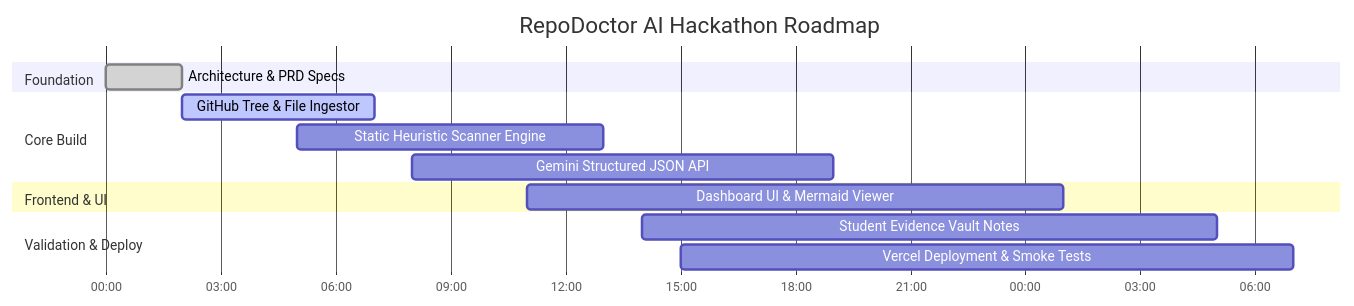
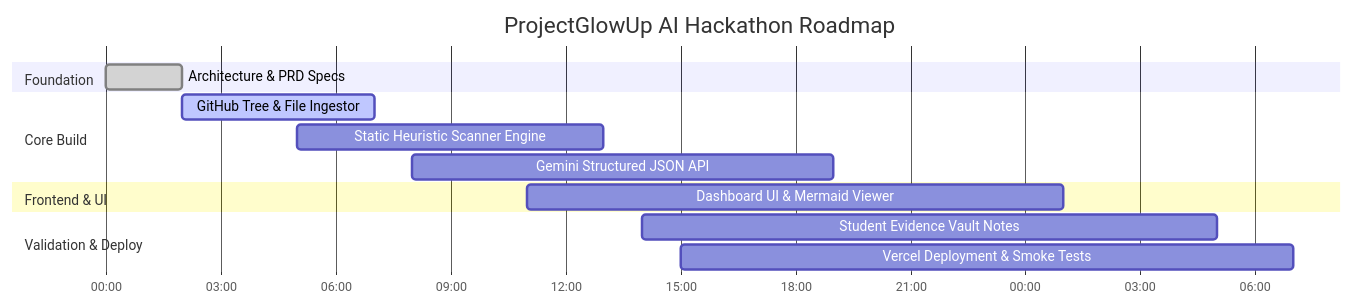
The diagram in PRD.md (calligraphyguruji/project-glowup), drawn with Mermaid before and after one commit. The commit also changed other lines of this file and 8 other files, not shown here.

Commit message:
refactor: rebrand project to ProjectGlowUp AI across all specifications

````diff
--- a/PRD.md
+++ b/PRD.md
@@ -113,17 +113,17 @@
 ```mermaid
 gantt
-    title RepoDoctor AI Hackathon Roadmap
+    title ProjectGlowUp AI Hackathon Roadmap
     dateFormat  HH
     axisFormat  %H:00
     section Foundation
     Architecture & PRD Specs       :done, 00, 02h
     section Core Build
     GitHub Tree & File Ingestor    :active, 02, 05h
     Static Heuristic Scanner Engine: 05, 08h
     Gemini Structured JSON API     : 08, 11h
     section Frontend & UI
     Dashboard UI & Mermaid Viewer  : 11, 14h
     section Validation & Deploy
     Student Evidence Vault Notes   : 14, 15h
     Vercel Deployment & Smoke Tests: 15, 16h
 ```
````
